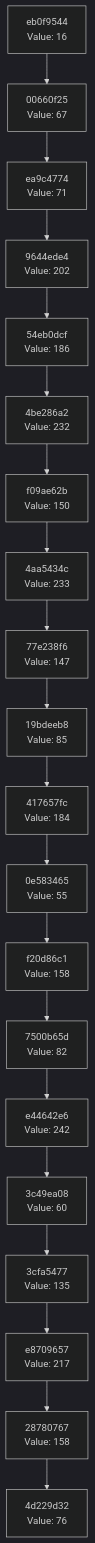
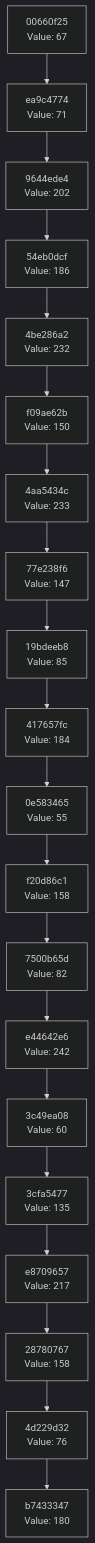
The diagram in docs/CHAIN_VISUALIZATION.md (Abhisheksinha1506/hash-chain-evolver), drawn with Mermaid (dark theme) before and after one commit. The commit also changed 3 other files, not shown here.

````diff
--- a/docs/CHAIN_VISUALIZATION.md
+++ b/docs/CHAIN_VISUALIZATION.md
@@ -3,42 +3,42 @@
 ```mermaid
 graph TD
-    C0["4d229d32<br/>Value: 76"]
-    C1["28780767<br/>Value: 158"]
+    C0["b7433347<br/>Value: 180"]
+    C1["4d229d32<br/>Value: 76"]
     C1 --> C0
-    C2["e8709657<br/>Value: 217"]
+    C2["28780767<br/>Value: 158"]
     C2 --> C1
-    C3["3cfa5477<br/>Value: 135"]
+    C3["e8709657<br/>Value: 217"]
     C3 --> C2
-    C4["3c49ea08<br/>Value: 60"]
+    C4["3cfa5477<br/>Value: 135"]
     C4 --> C3
-    C5["e44642e6<br/>Value: 242"]
+    C5["3c49ea08<br/>Value: 60"]
     C5 --> C4
-    C6["7500b65d<br/>Value: 82"]
+    C6["e44642e6<br/>Value: 242"]
     C6 --> C5
-    C7["f20d86c1<br/>Value: 158"]
+    C7["7500b65d<br/>Value: 82"]
     C7 --> C6
-    C8["0e583465<br/>Value: 55"]
+    C8["f20d86c1<br/>Value: 158"]
     C8 --> C7
-    C9["417657fc<br/>Value: 184"]
+    C9["0e583465<br/>Value: 55"]
     C9 --> C8
-    C10["19bdeeb8<br/>Value: 85"]
+    C10["417657fc<br/>Value: 184"]
     C10 --> C9
-    C11["77e238f6<br/>Value: 147"]
+    C11["19bdeeb8<br/>Value: 85"]
     C11 --> C10
-    C12["4aa5434c<br/>Value: 233"]
+    C12["77e238f6<br/>Value: 147"]
     C12 --> C11
-    C13["f09ae62b<br/>Value: 150"]
+    C13["4aa5434c<br/>Value: 233"]
     C13 --> C12
-    C14["4be286a2<br/>Value: 232"]
+    C14["f09ae62b<br/>Value: 150"]
     C14 --> C13
-    C15["54eb0dcf<br/>Value: 186"]
+    C15["4be286a2<br/>Value: 232"]
     C15 --> C14
-    C16["9644ede4<br/>Value: 202"]
+    C16["54eb0dcf<br/>Value: 186"]
     C16 --> C15
-    C17["ea9c4774<br/>Value: 71"]
+    C17["9644ede4<br/>Value: 202"]
     C17 --> C16
-    C18["00660f25<br/>Value: 67"]
+    C18["ea9c4774<br/>Value: 71"]
     C18 --> C17
-    C19["eb0f9544<br/>Value: 16"]
+    C19["00660f25<br/>Value: 67"]
     C19 --> C18
 ```
````
